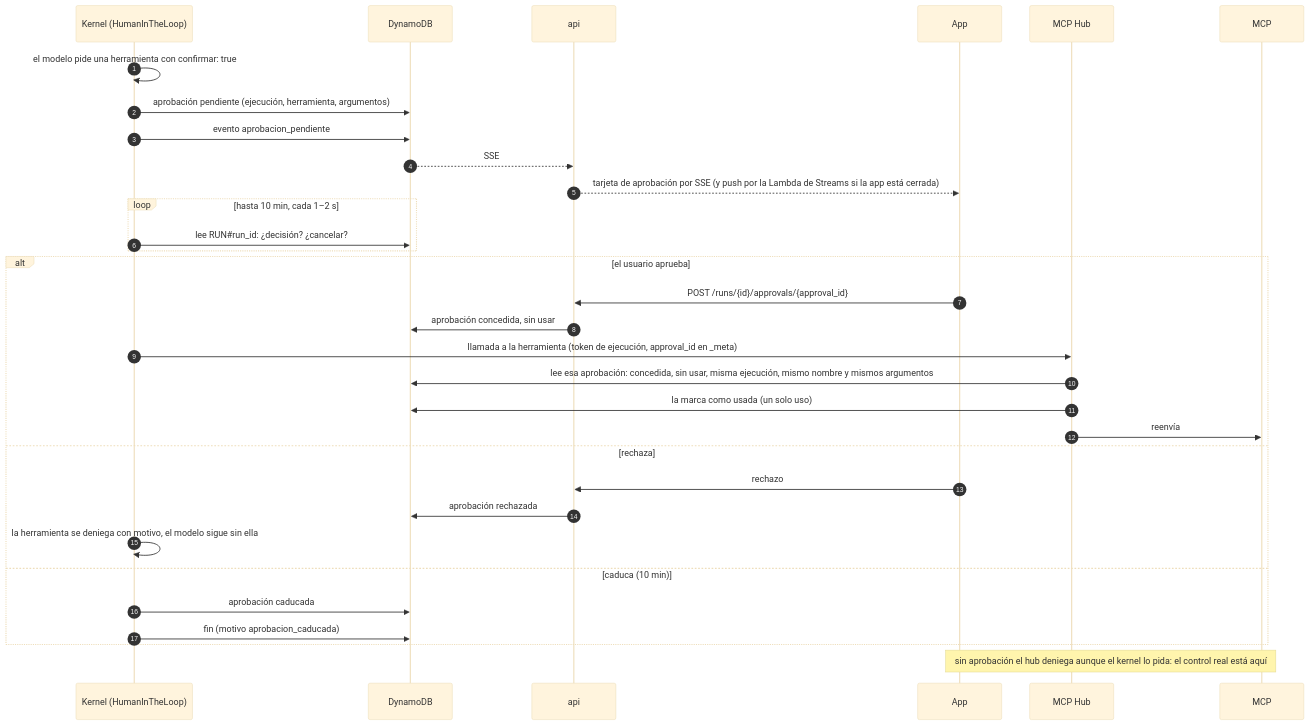
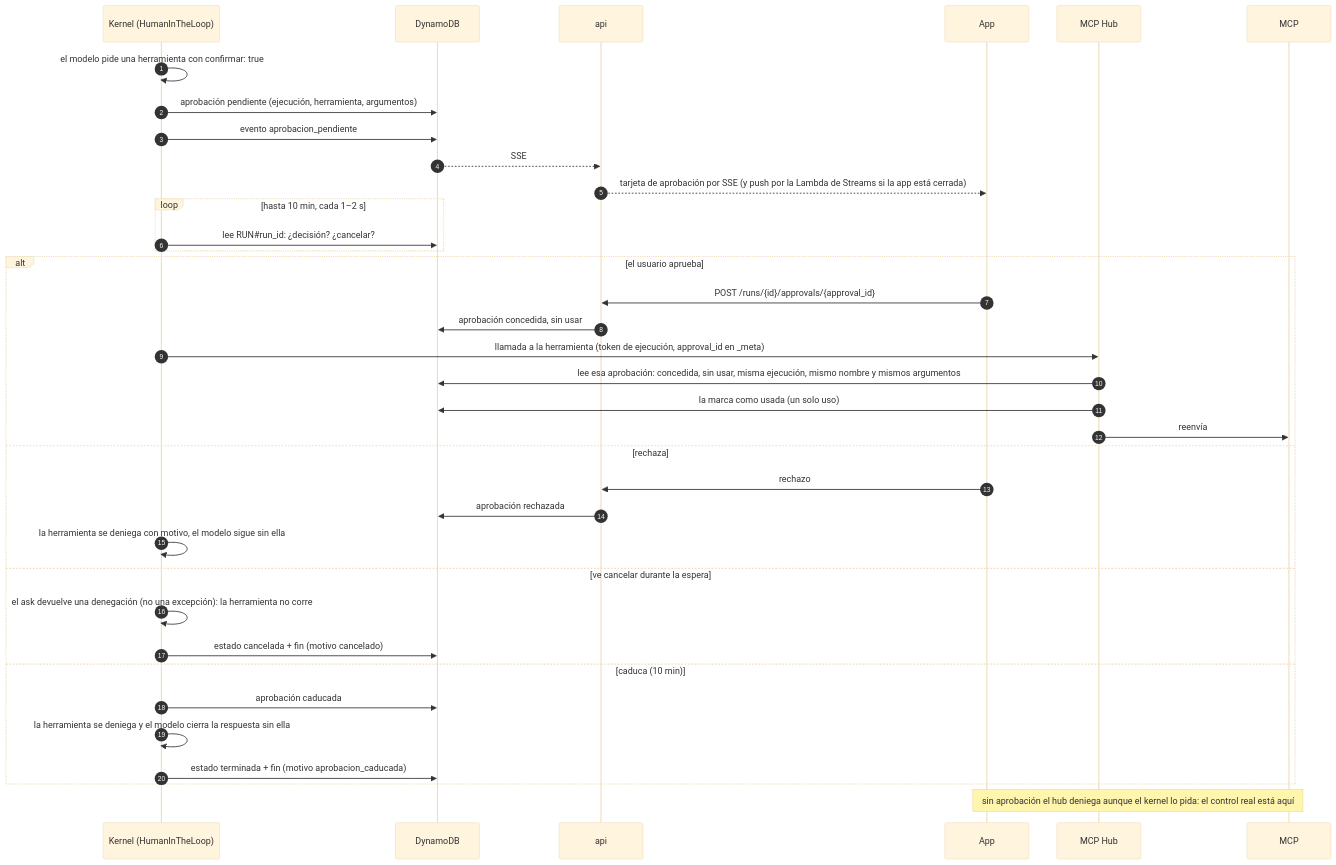
Before and after one commit to ikermendi/sample-agent-platform-with-agentcore: the seventh of 10 diagrams in docs/arquitectura-agentes.md, drawn with Mermaid (base theme). The commit also changed other lines of this file, not shown here.

````diff
--- a/docs/arquitectura-agentes.md
+++ b/docs/arquitectura-agentes.md
@@ -935,35 +951,39 @@
 ```mermaid
 sequenceDiagram
   autonumber
   participant K as Kernel (HumanInTheLoop)
   participant D as DynamoDB
   participant API as api
   participant App as App
   participant H as MCP Hub
   participant M as MCP
 
   K->>K: el modelo pide una herramienta con confirmar: true
   K->>D: aprobación pendiente (ejecución, herramienta, argumentos)
   K->>D: evento aprobacion_pendiente
   D-->>API: SSE
   API-->>App: tarjeta de aprobación por SSE (y push por la Lambda de Streams si la app está cerrada)
   loop hasta 10 min, cada 1–2 s
     K->>D: lee RUN#35;run_id: ¿decisión? ¿cancelar?
   end
   alt el usuario aprueba
     App->>API: POST /runs/{id}/approvals/{approval_id}
     API->>D: aprobación concedida, sin usar
     K->>H: llamada a la herramienta (token de ejecución, approval_id en _meta)
     H->>D: lee esa aprobación: concedida, sin usar, misma ejecución, mismo nombre y mismos argumentos
     H->>D: la marca como usada (un solo uso)
     H->>M: reenvía
   else rechaza
     App->>API: rechazo
     API->>D: aprobación rechazada
     K->>K: la herramienta se deniega con motivo, el modelo sigue sin ella
+  else ve cancelar durante la espera
+    K->>K: el ask devuelve una denegación (no una excepción): la herramienta no corre
+    K->>D: estado cancelada + fin (motivo cancelado)
   else caduca (10 min)
     K->>D: aprobación caducada
-    K->>D: fin (motivo aprobacion_caducada)
+    K->>K: la herramienta se deniega y el modelo cierra la respuesta sin ella
+    K->>D: estado terminada + fin (motivo aprobacion_caducada)
   end
   Note over App,M: sin aprobación el hub deniega aunque el kernel lo pida: el control real está aquí
 ```
````
